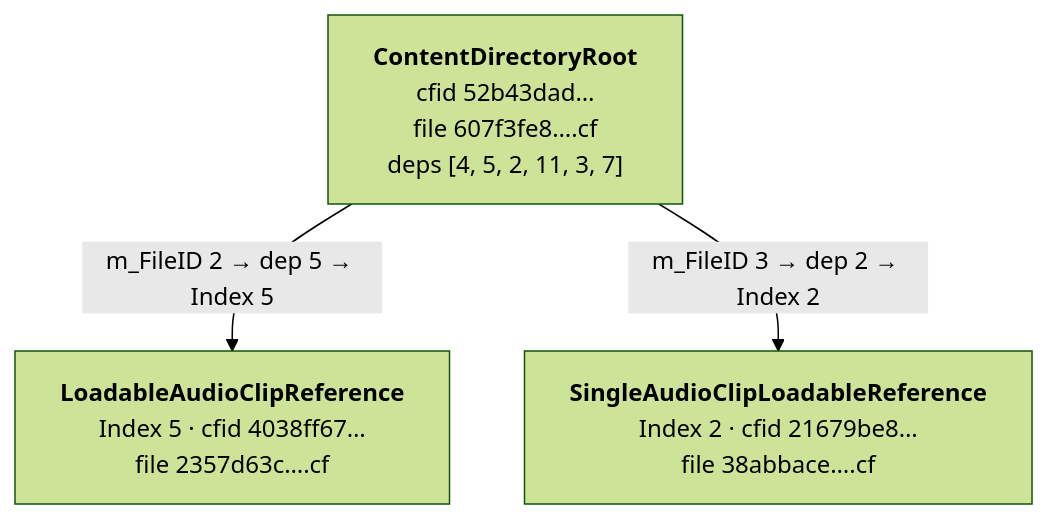
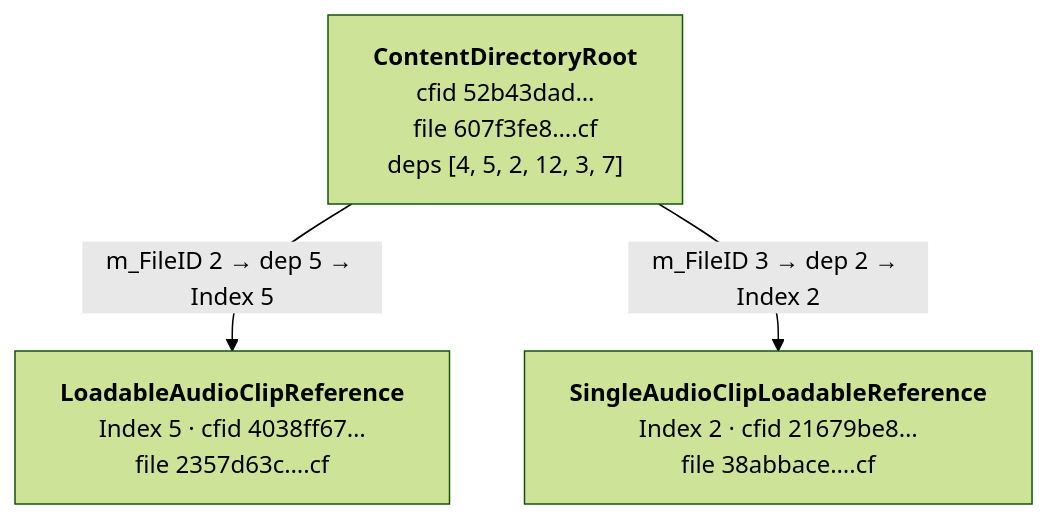
One commit to Unity-Technologies/UnityDataTools changed the diagram in Documentation/contentdirectory-format.md. Above: the diagram before and after it, drawn with Mermaid (forest theme). The commit also changed other lines of this file and 49 other files, not shown here.

````diff
--- a/Documentation/contentdirectory-format.md
+++ b/Documentation/contentdirectory-format.md
@@ -355,9 +355,9 @@
 ```mermaid
 flowchart TD
-    Root["<b>ContentDirectoryRoot</b><br/>cfid 52b43dad…<br/>file 607f3fe8….cf<br/>deps [4, 5, 2, 11, 3, 7]"]
+    Root["<b>ContentDirectoryRoot</b><br/>cfid 52b43dad…<br/>file 607f3fe8….cf<br/>deps [4, 5, 2, 12, 3, 7]"]
     Loadable["<b>LoadableAudioClipReference</b><br/>Index 5 · cfid 4038ff67…<br/>file 2357d63c….cf"]
     Single["<b>SingleAudioClipLoadableReference</b><br/>Index 2 · cfid 21679be8…<br/>file 38abbace….cf"]
 
     Root -->|"m_FileID 2 → dep 5 → Index 5"| Loadable
     Root -->|"m_FileID 3 → dep 2 → Index 2"| Single
 ```
````
